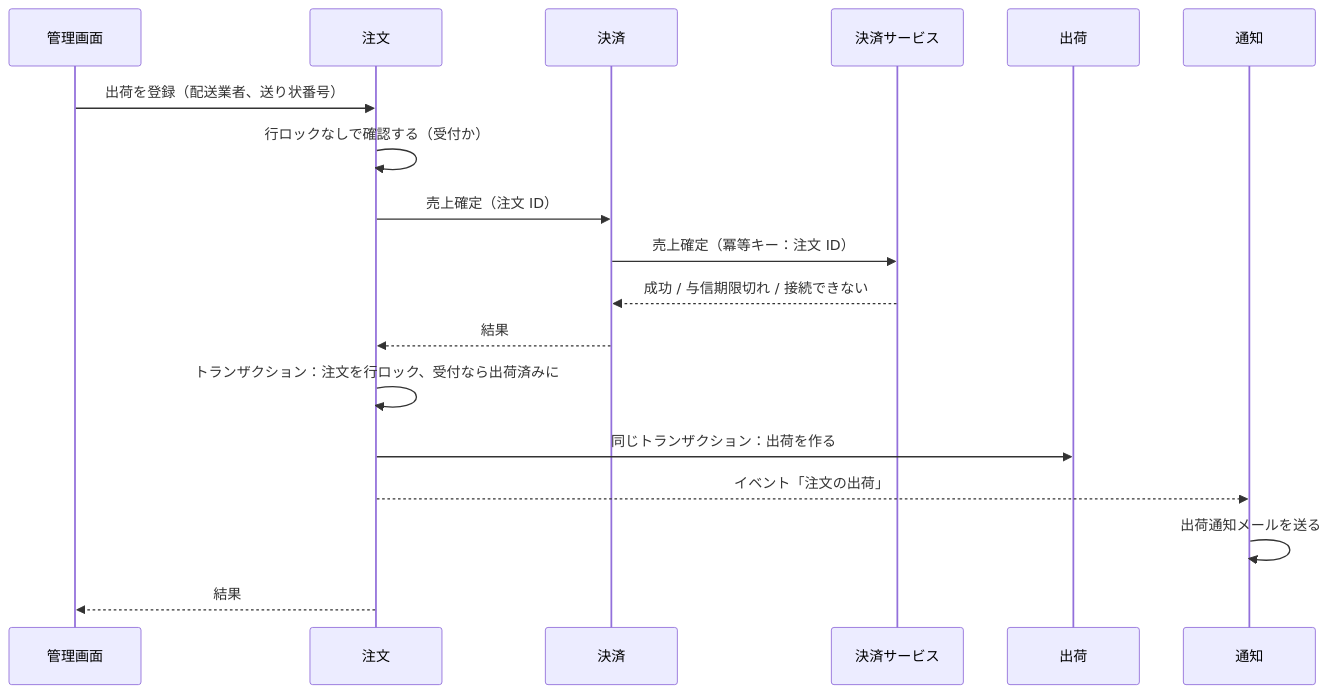
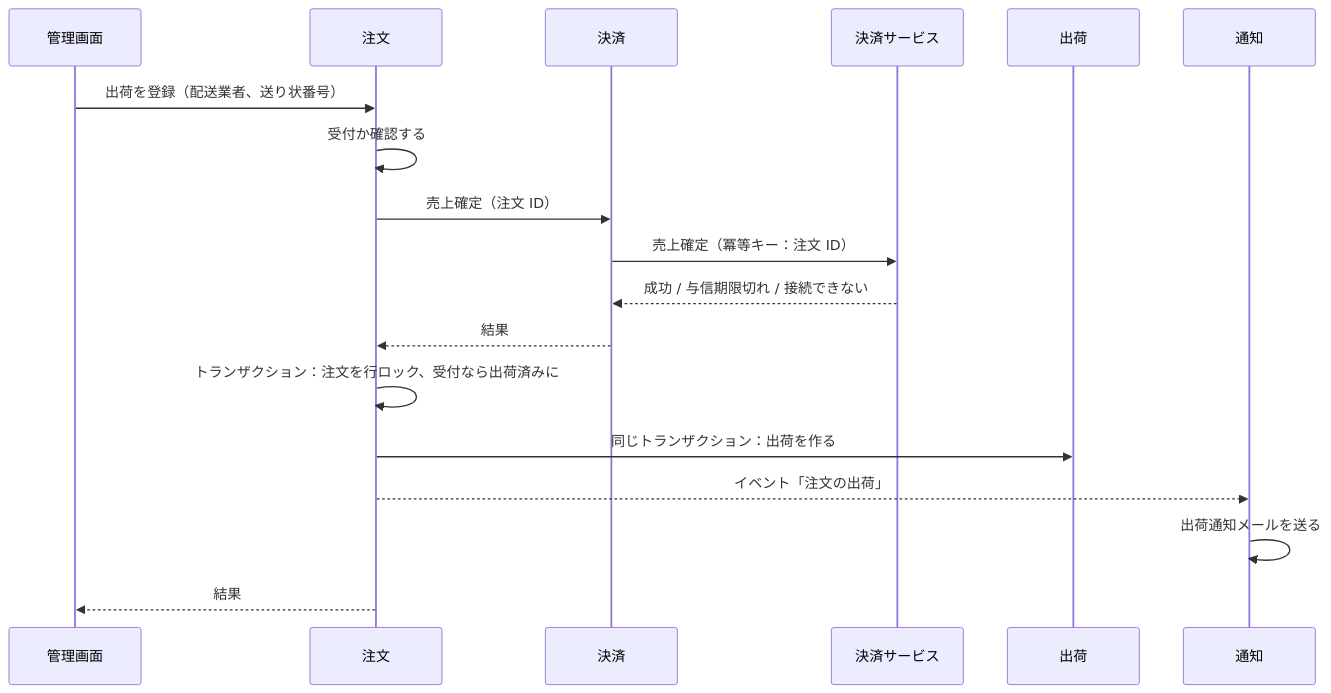
Before and after one commit to roger88106/ec-site: the second of 2 diagrams in docs/02-設計/order.md, drawn with Mermaid. The commit also changed other lines of this file and 2 other files, not shown here.

````diff
--- a/docs/02-設計/order.md
+++ b/docs/02-設計/order.md
@@ -54,20 +54,20 @@
 ```mermaid
 sequenceDiagram
     participant A as 管理画面
     participant O as 注文
     participant P as 決済
     participant G as 決済サービス
     participant S as 出荷
     participant N as 通知
     A->>O: 出荷を登録（配送業者、送り状番号）
-    O->>O: 行ロックなしで確認する（受付か）
+    O->>O: 受付か確認する
     O->>P: 売上確定（注文 ID）
     P->>G: 売上確定（冪等キー：注文 ID）
     G-->>P: 成功 / 与信期限切れ / 接続できない
     P-->>O: 結果
     O->>O: トランザクション：注文を行ロック、受付なら出荷済みに
     O->>S: 同じトランザクション：出荷を作る
     O-->>N: イベント「注文の出荷」
     N->>N: 出荷通知メールを送る
     O-->>A: 結果
 ```
````
